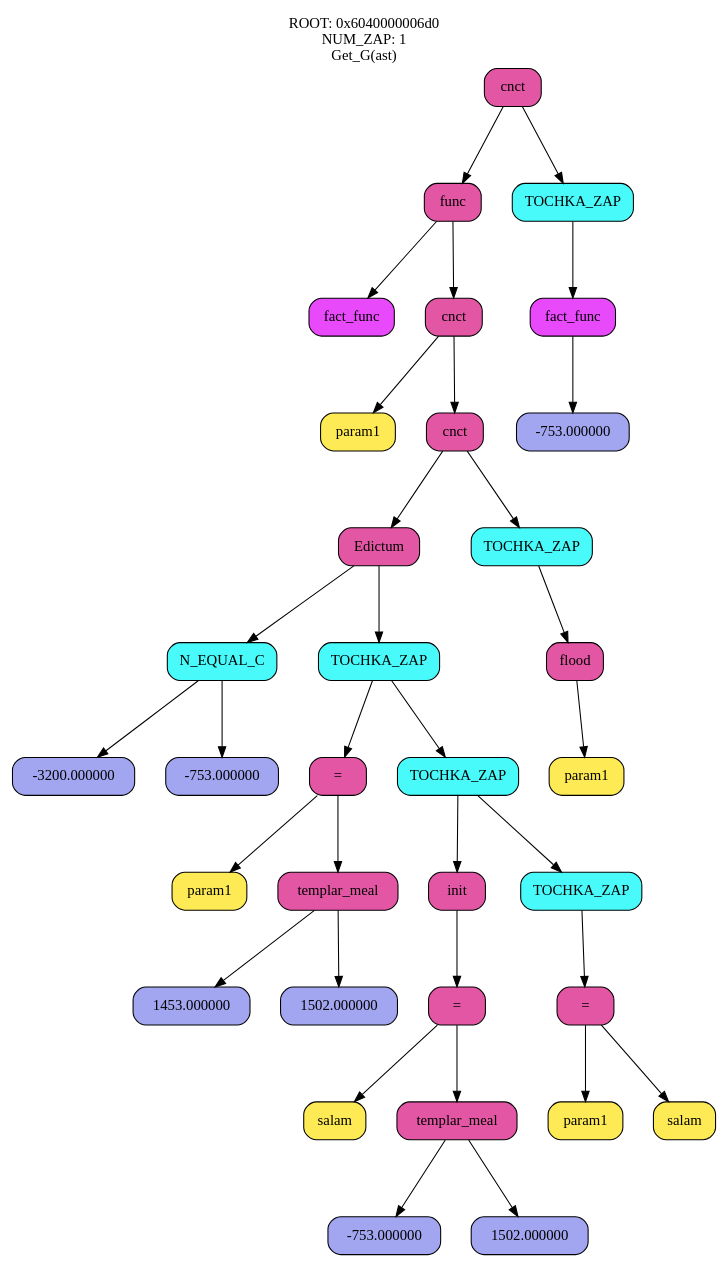
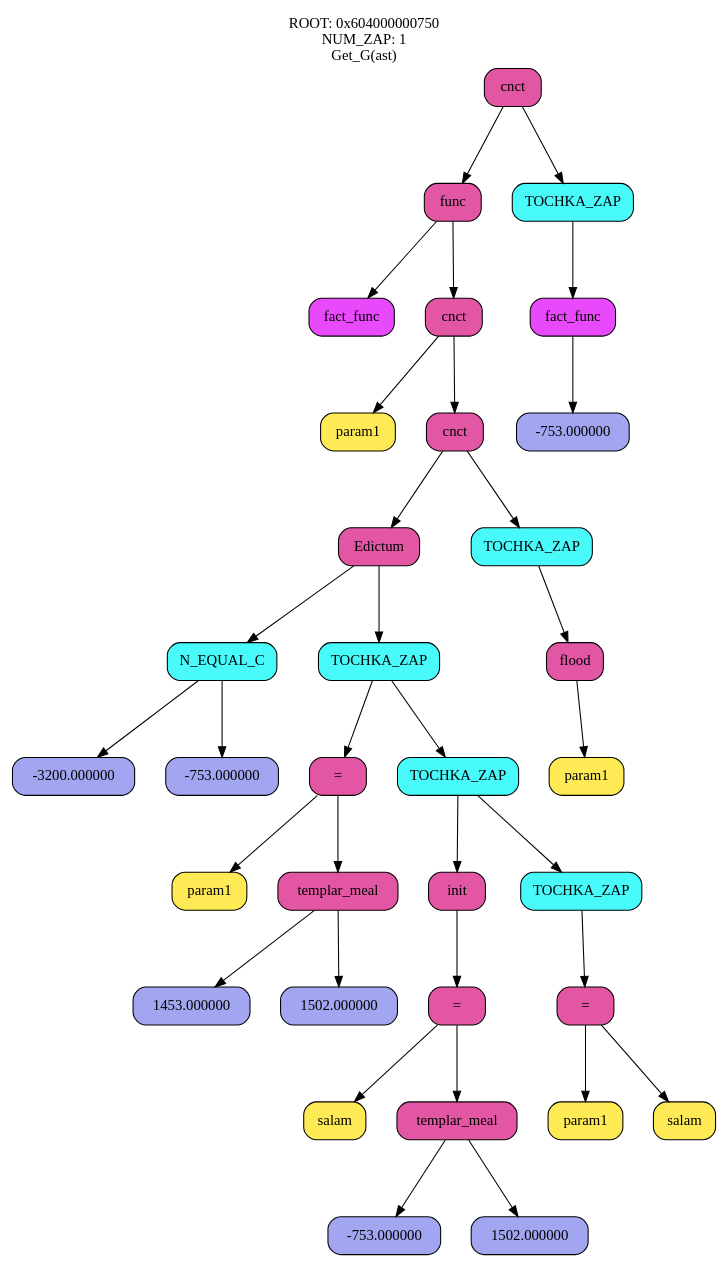
Before and after one commit to Blackypool/Historical-language: the diagram in historical_lang/dump_graph/Diff_dump_1.dot, drawn with Graphviz. The commit also changed 63 other files, not shown here.

```diff
--- a/historical_lang/dump_graph/Diff_dump_1.dot
+++ b/historical_lang/dump_graph/Diff_dump_1.dot
@@ -1,76 +1,76 @@
 digraph
 {
 rankdir=TB;
 nodesep=0.4;
 ranksep=1.0;
   labelloc="t";
-  label="ROOT: 0x6040000006d0
+  label="ROOT: 0x604000000750
 NUM_ZAP: 1
 Get_G(ast)";
-leaf_0x6040000006d0 [label = "cnct",                      style = "rounded, filled",                         fillcolor = "#e356a4ff", fontcolor = "#000000", shape = Mrecord];
-leaf_0x604000000710 [label = "func",                      style = "rounded, filled",                         fillcolor = "#e356a4ff", fontcolor = "#000000", shape = Mrecord];
+leaf_0x604000000750 [label = "cnct",                      style = "rounded, filled",                         fillcolor = "#e356a4ff", fontcolor = "#000000", shape = Mrecord];
+leaf_0x604000000790 [label = "func",                      style = "rounded, filled",                         fillcolor = "#e356a4ff", fontcolor = "#000000", shape = Mrecord];
 leaf_0x629000000200 [label = "fact_func",                      style = "rounded, filled",                         fillcolor = "#e849faff", fontcolor = "#000000", shape = Mrecord];
-leaf_0x604000000750 [label = "cnct",                      style = "rounded, filled",                         fillcolor = "#e356a4ff", fontcolor = "#000000", shape = Mrecord];
+leaf_0x6040000007d0 [label = "cnct",                      style = "rounded, filled",                         fillcolor = "#e356a4ff", fontcolor = "#000000", shape = Mrecord];
 leaf_0x629000000260 [label = "param1",                      style = "rounded, filled",                         fillcolor = "#feea54ff", fontcolor = "#000000", shape = Mrecord];
-leaf_0x604000000790 [label = "cnct",                      style = "rounded, filled",                         fillcolor = "#e356a4ff", fontcolor = "#000000", shape = Mrecord];
+leaf_0x604000000810 [label = "cnct",                      style = "rounded, filled",                         fillcolor = "#e356a4ff", fontcolor = "#000000", shape = Mrecord];
 leaf_0x6290000002f0 [label = "Edictum",                      style = "rounded, filled",                         fillcolor = "#e356a4ff", fontcolor = "#000000", shape = Mrecord];
 leaf_0x629000000380 [label = "N_EQUAL_C",                      style = "rounded, filled",                         fillcolor = "#49fafaff", fontcolor = "#000000", shape = Mrecord];
 leaf_0x629000000350 [label = "-3200.000000",                      style = "rounded, filled",                         fillcolor = "#a2a6f1ff", fontcolor = "#000000", shape = Mrecord];
 leaf_0x6290000003b0 [label = "-753.000000",                      style = "rounded, filled",                         fillcolor = "#a2a6f1ff", fontcolor = "#000000", shape = Mrecord];
 leaf_0x629000000530 [label = "TOCHKA_ZAP",                      style = "rounded, filled",                         fillcolor = "#49fafaff", fontcolor = "#000000", shape = Mrecord];
 leaf_0x629000000470 [label = "=",                      style = "rounded, filled",                         fillcolor = "#e356a4ff", fontcolor = "#000000", shape = Mrecord];
 leaf_0x629000000440 [label = "param1",                      style = "rounded, filled",                         fillcolor = "#feea54ff", fontcolor = "#000000", shape = Mrecord];
 leaf_0x6290000004d0 [label = "templar_meal",                      style = "rounded, filled",                         fillcolor = "#e356a4ff", fontcolor = "#000000", shape = Mrecord];
 leaf_0x6290000004a0 [label = "1453.000000",                      style = "rounded, filled",                         fillcolor = "#a2a6f1ff", fontcolor = "#000000", shape = Mrecord];
 leaf_0x629000000500 [label = "1502.000000",                      style = "rounded, filled",                         fillcolor = "#a2a6f1ff", fontcolor = "#000000", shape = Mrecord];
 leaf_0x629000000680 [label = "TOCHKA_ZAP",                      style = "rounded, filled",                         fillcolor = "#49fafaff", fontcolor = "#000000", shape = Mrecord];
 leaf_0x629000000560 [label = "init",                      style = "rounded, filled",                         fillcolor = "#e356a4ff", fontcolor = "#000000", shape = Mrecord];
 leaf_0x6290000005c0 [label = "=",                      style = "rounded, filled",                         fillcolor = "#e356a4ff", fontcolor = "#000000", shape = Mrecord];
 leaf_0x629000000590 [label = "salam",                      style = "rounded, filled",                         fillcolor = "#feea54ff", fontcolor = "#000000", shape = Mrecord];
 leaf_0x629000000620 [label = "templar_meal",                      style = "rounded, filled",                         fillcolor = "#e356a4ff", fontcolor = "#000000", shape = Mrecord];
 leaf_0x6290000005f0 [label = "-753.000000",                      style = "rounded, filled",                         fillcolor = "#a2a6f1ff", fontcolor = "#000000", shape = Mrecord];
 leaf_0x629000000650 [label = "1502.000000",                      style = "rounded, filled",                         fillcolor = "#a2a6f1ff", fontcolor = "#000000", shape = Mrecord];
 leaf_0x629000000740 [label = "TOCHKA_ZAP",                      style = "rounded, filled",                         fillcolor = "#49fafaff", fontcolor = "#000000", shape = Mrecord];
 leaf_0x6290000006e0 [label = "=",                      style = "rounded, filled",                         fillcolor = "#e356a4ff", fontcolor = "#000000", shape = Mrecord];
 leaf_0x6290000006b0 [label = "param1",                      style = "rounded, filled",                         fillcolor = "#feea54ff", fontcolor = "#000000", shape = Mrecord];
 leaf_0x629000000710 [label = "salam",                      style = "rounded, filled",                         fillcolor = "#feea54ff", fontcolor = "#000000", shape = Mrecord];
 leaf_0x629000000800 [label = "TOCHKA_ZAP",                      style = "rounded, filled",                         fillcolor = "#49fafaff", fontcolor = "#000000", shape = Mrecord];
 leaf_0x6290000007a0 [label = "flood",                      style = "rounded, filled",                         fillcolor = "#e356a4ff", fontcolor = "#000000", shape = Mrecord];
 leaf_0x6290000007d0 [label = "param1",                      style = "rounded, filled",                         fillcolor = "#feea54ff", fontcolor = "#000000", shape = Mrecord];
 leaf_0x629000000920 [label = "TOCHKA_ZAP",                      style = "rounded, filled",                         fillcolor = "#49fafaff", fontcolor = "#000000", shape = Mrecord];
 leaf_0x629000000860 [label = "fact_func",                      style = "rounded, filled",                         fillcolor = "#e849faff", fontcolor = "#000000", shape = Mrecord];
 leaf_0x6290000008c0 [label = "-753.000000",                      style = "rounded, filled",                         fillcolor = "#a2a6f1ff", fontcolor = "#000000", shape = Mrecord];
-leaf_0x6040000006d0 -> leaf_0x604000000710;
-leaf_0x604000000710 -> leaf_0x629000000200;
-leaf_0x604000000710 -> leaf_0x604000000750;
-leaf_0x604000000750 -> leaf_0x629000000260;
 leaf_0x604000000750 -> leaf_0x604000000790;
-leaf_0x604000000790 -> leaf_0x6290000002f0;
+leaf_0x604000000790 -> leaf_0x629000000200;
+leaf_0x604000000790 -> leaf_0x6040000007d0;
+leaf_0x6040000007d0 -> leaf_0x629000000260;
+leaf_0x6040000007d0 -> leaf_0x604000000810;
+leaf_0x604000000810 -> leaf_0x6290000002f0;
 leaf_0x6290000002f0 -> leaf_0x629000000380;
 leaf_0x629000000380 -> leaf_0x629000000350;
 leaf_0x629000000380 -> leaf_0x6290000003b0;
 leaf_0x6290000002f0 -> leaf_0x629000000530;
 leaf_0x629000000530 -> leaf_0x629000000470;
 leaf_0x629000000470 -> leaf_0x629000000440;
 leaf_0x629000000470 -> leaf_0x6290000004d0;
 leaf_0x6290000004d0 -> leaf_0x6290000004a0;
 leaf_0x6290000004d0 -> leaf_0x629000000500;
 leaf_0x629000000530 -> leaf_0x629000000680;
 leaf_0x629000000680 -> leaf_0x629000000560;
 leaf_0x629000000560 -> leaf_0x6290000005c0;
 leaf_0x6290000005c0 -> leaf_0x629000000590;
 leaf_0x6290000005c0 -> leaf_0x629000000620;
 leaf_0x629000000620 -> leaf_0x6290000005f0;
 leaf_0x629000000620 -> leaf_0x629000000650;
 leaf_0x629000000680 -> leaf_0x629000000740;
 leaf_0x629000000740 -> leaf_0x6290000006e0;
 leaf_0x6290000006e0 -> leaf_0x6290000006b0;
 leaf_0x6290000006e0 -> leaf_0x629000000710;
-leaf_0x604000000790 -> leaf_0x629000000800;
+leaf_0x604000000810 -> leaf_0x629000000800;
 leaf_0x629000000800 -> leaf_0x6290000007a0;
 leaf_0x6290000007a0 -> leaf_0x6290000007d0;
-leaf_0x6040000006d0 -> leaf_0x629000000920;
+leaf_0x604000000750 -> leaf_0x629000000920;
 leaf_0x629000000920 -> leaf_0x629000000860;
 leaf_0x629000000860 -> leaf_0x6290000008c0;
 
 }
```
